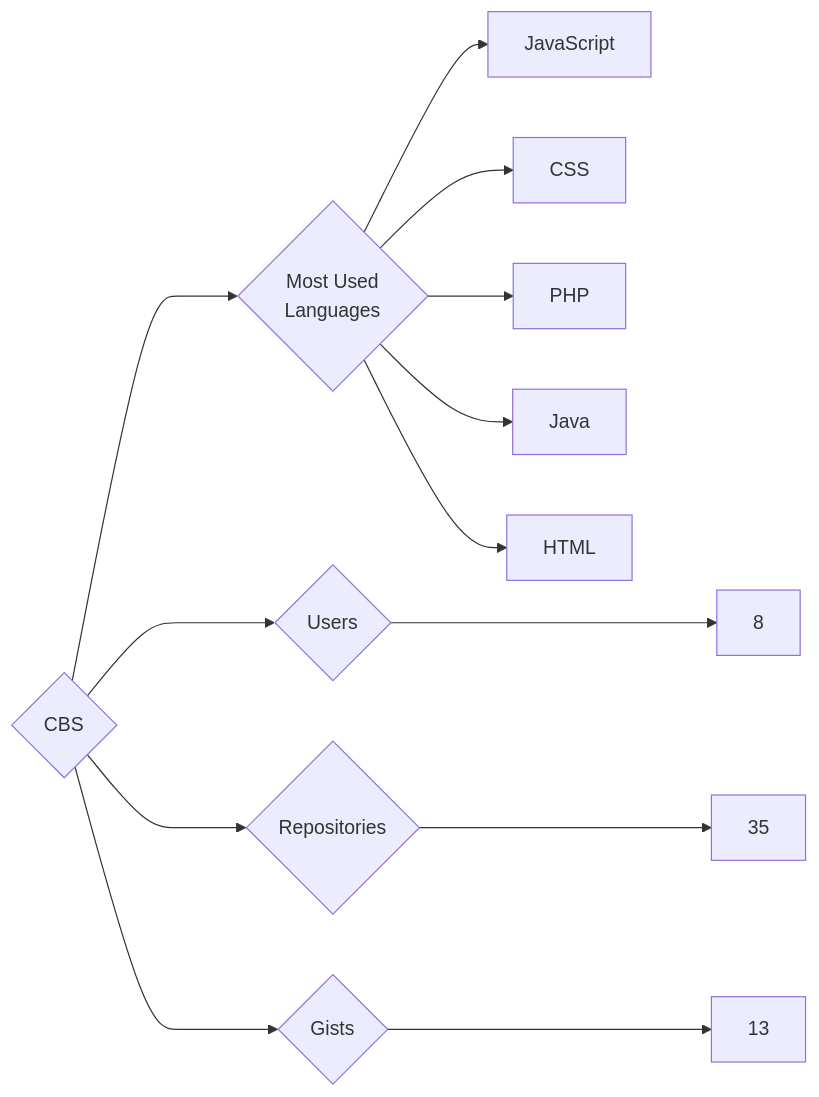
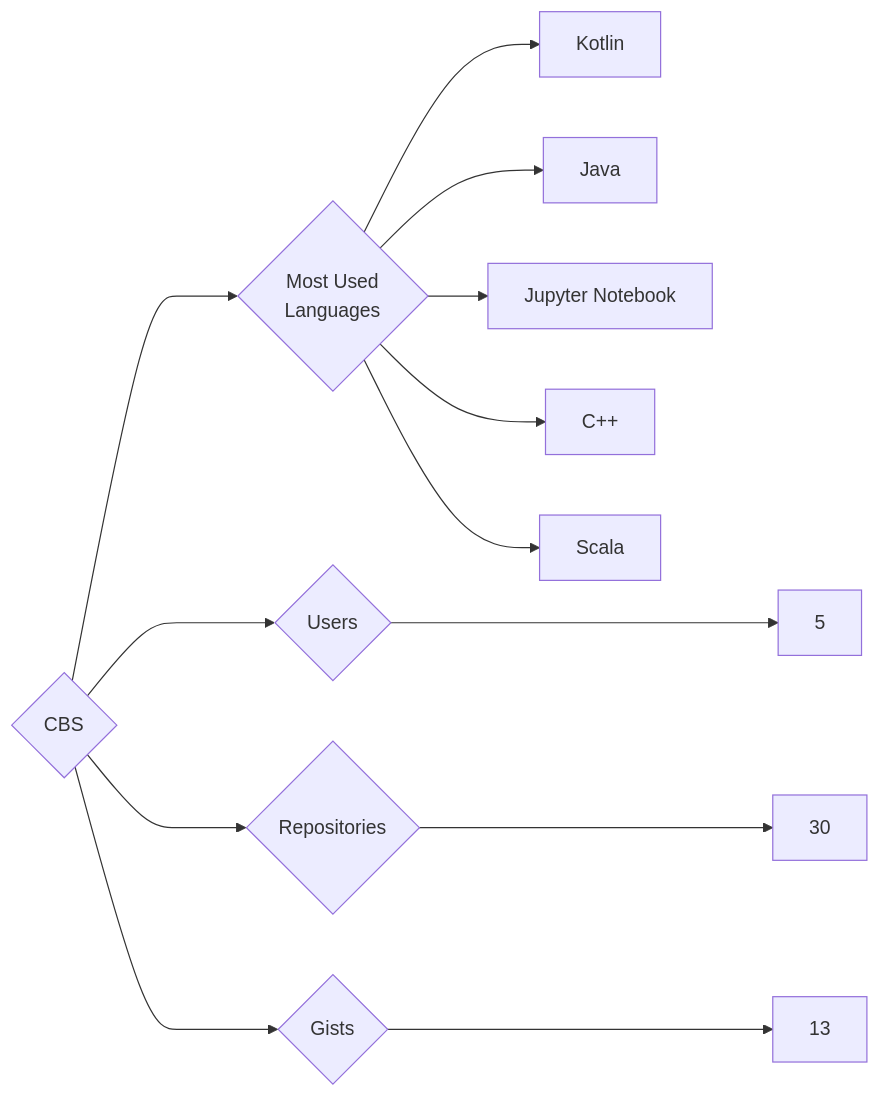
One commit to trickest/insiders changed the diagram in targets/CBS/README.md. Above: the diagram before and after it, drawn with Mermaid. The commit also changed 916 other files, not shown here.

````diff
--- a/targets/CBS/README.md
+++ b/targets/CBS/README.md
@@ -3,13 +3,13 @@
 ```mermaid
 graph LR
 COMPANY_NAME{CBS}
-COMPANY_NAME ---> U{Users} ---> UN[8]
-COMPANY_NAME ---> R{Repositories} ---> RN[35]
+COMPANY_NAME ---> U{Users} ---> UN[5]
+COMPANY_NAME ---> R{Repositories} ---> RN[30]
 COMPANY_NAME ---> G{Gists} ---> GN[13]
 COMPANY_NAME ---> ML{Most Used<br>Languages}
-ML --> JavaScript[JavaScript]
-ML --> CSS[CSS]
-ML --> PHP[PHP]
+ML --> Kotlin[Kotlin]
 ML --> Java[Java]
-ML --> HTML[HTML]
+ML --> Jupyter_Notebook[Jupyter Notebook]
+ML --> C++[C++]
+ML --> Scala[Scala]
 ```
````
